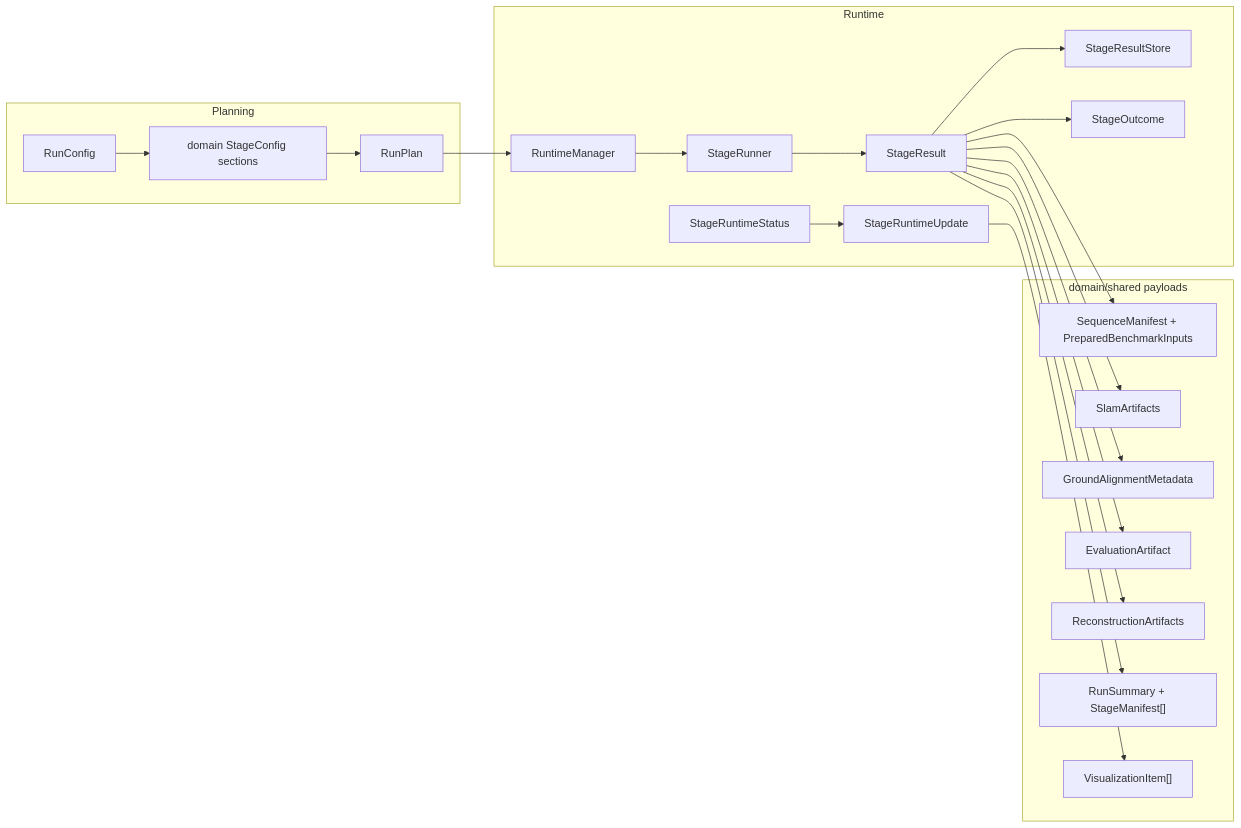
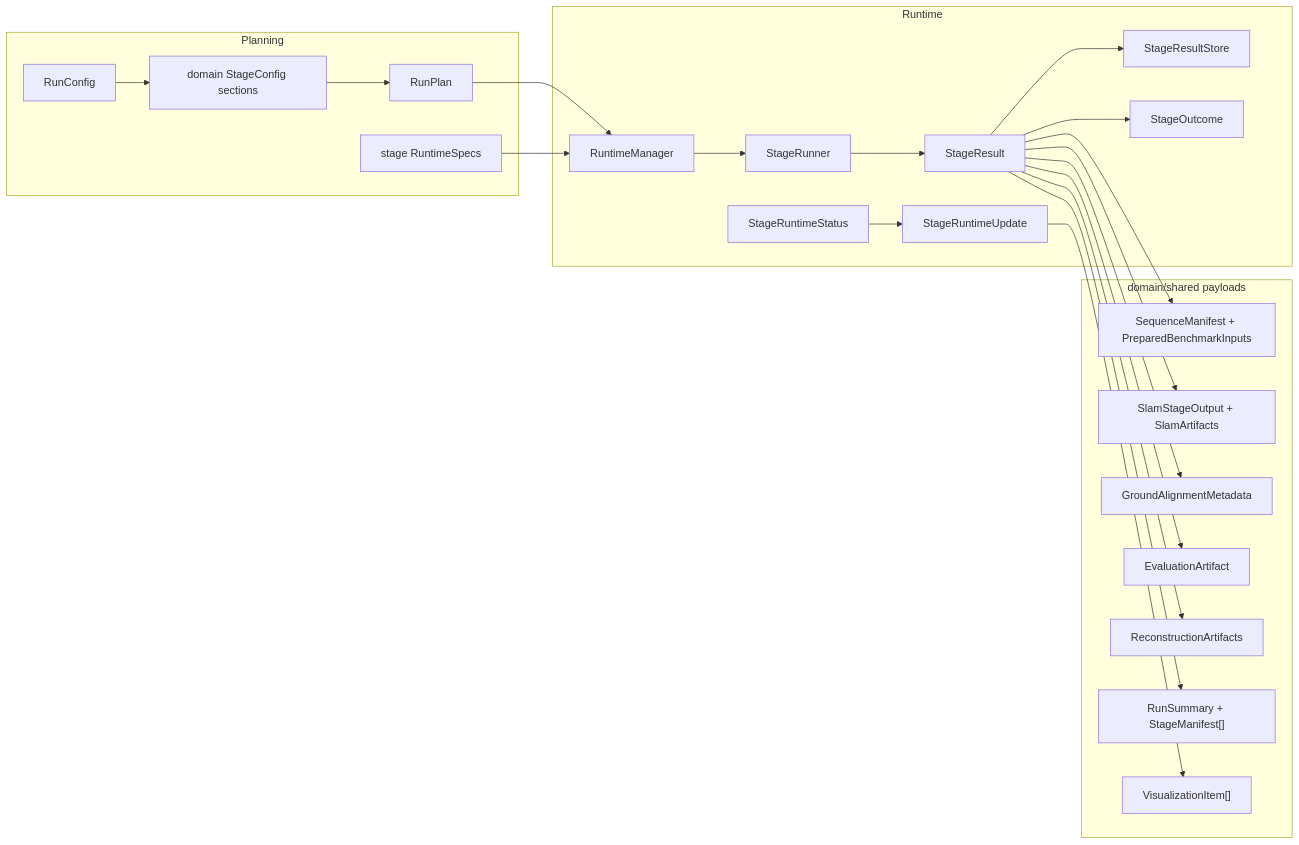
Before and after one commit to JanDuchscherer104/prml-vslam: the third of 4 diagrams in src/prml_vslam/pipeline/README.md, drawn with Mermaid. The commit also changed other lines of this file and 39 other files, not shown here.

Commit message:
refactor: move stage input builders to runtime specs

````diff
--- a/src/prml_vslam/pipeline/README.md
+++ b/src/prml_vslam/pipeline/README.md
@@ -79,41 +148,43 @@
 ```mermaid
 flowchart LR
     subgraph Planning
         RunConfig["RunConfig"]
         StageConfigs["domain StageConfig sections"]
         RunPlan["RunPlan"]
+        Specs["stage RuntimeSpecs"]
     end
 
     subgraph Runtime
         RuntimeManager["RuntimeManager"]
         StageRunner["StageRunner"]
         Store["StageResultStore"]
         Status["StageRuntimeStatus"]
         Result["StageResult"]
         Update["StageRuntimeUpdate"]
         Outcome["StageOutcome"]
     end
 
     subgraph Payloads["domain/shared payloads"]
         SourcePayload["SequenceManifest + PreparedBenchmarkInputs"]
-        SlamPayload["SlamArtifacts"]
+        SlamPayload["SlamStageOutput + SlamArtifacts"]
         GroundPayload["GroundAlignmentMetadata"]
         EvalPayload["EvaluationArtifact"]
         ReconstructionPayload["ReconstructionArtifacts"]
         SummaryPayload["RunSummary + StageManifest[]"]
         VizItems["VisualizationItem[]"]
     end
 
     RunConfig --> StageConfigs --> RunPlan --> RuntimeManager
+    Specs --> RuntimeManager
     RuntimeManager --> StageRunner
     StageRunner --> Result --> Store
     Result --> Outcome
     Result --> SourcePayload
     Result --> SlamPayload
     Result --> GroundPayload
     Result --> EvalPayload
     Result --> ReconstructionPayload
     Result --> SummaryPayload
     Update --> VizItems
     Status --> Update
 ```
````
